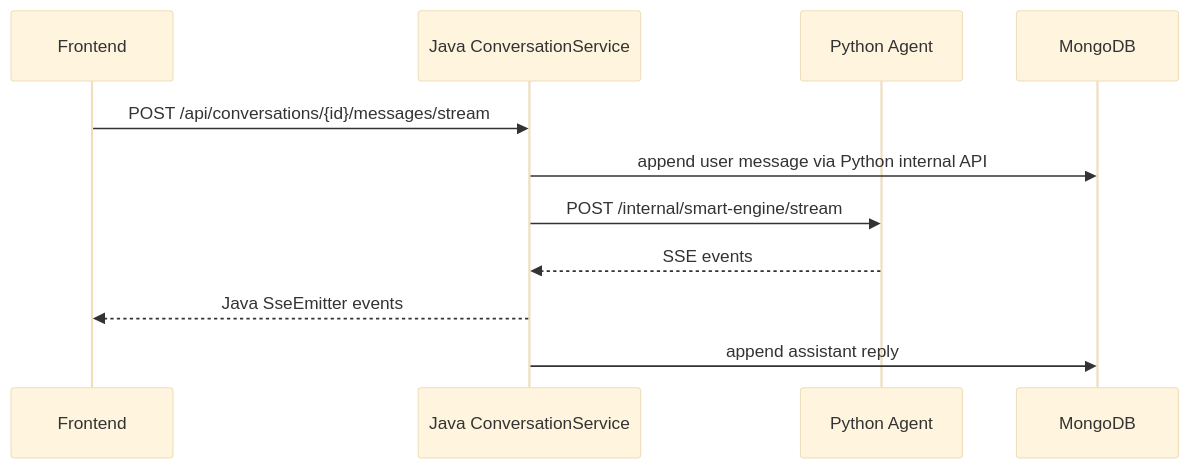
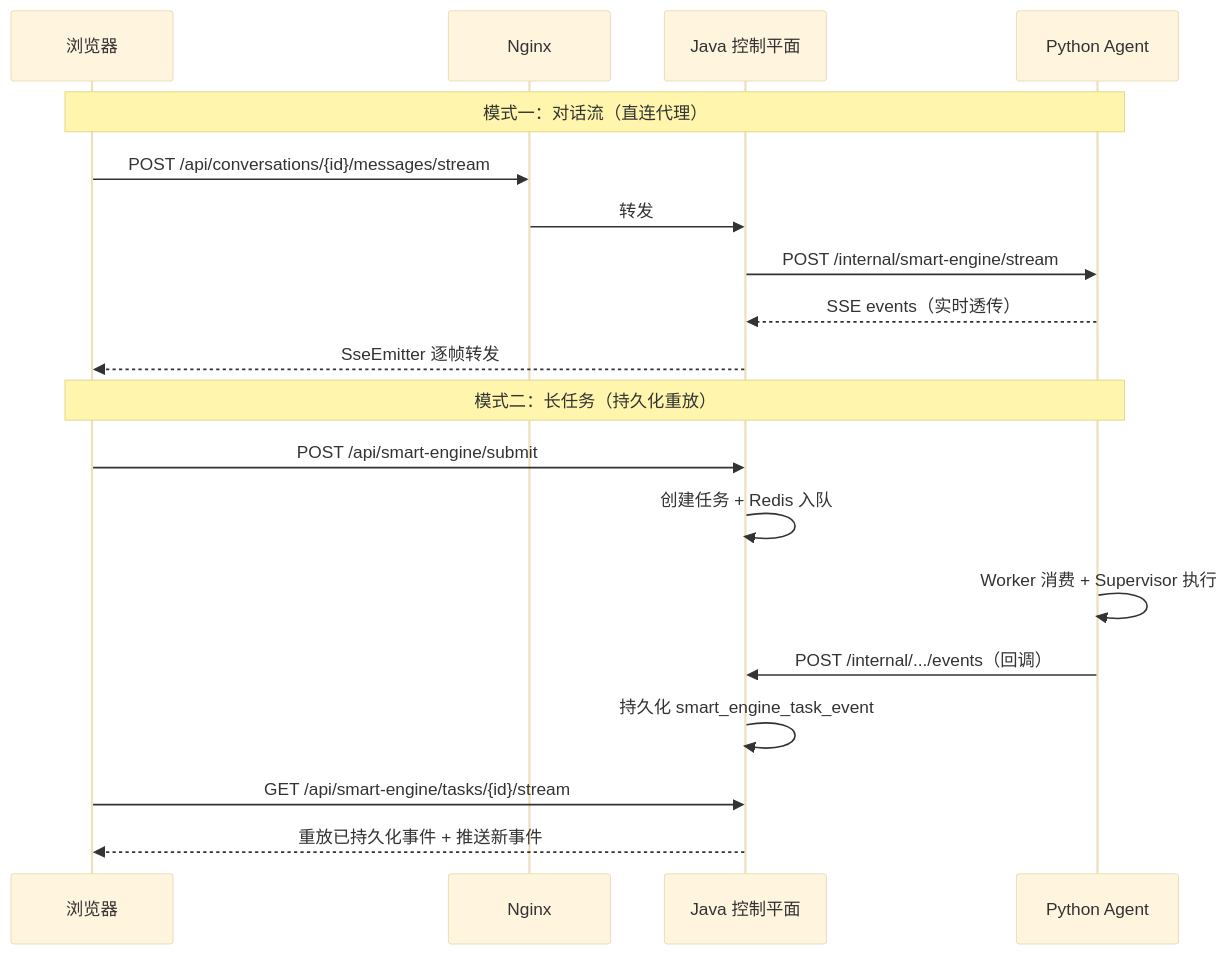
The second of 22 diagrams in docs/架构文档.md (zzp1221/Multi-Agent-Learning-System), drawn with Mermaid (base theme) before and after one commit. The commit also changed other lines of this file and 11 other files, not shown here.

First line of the commit message:
docs: update README, deployment, architecture docs and remove obsolete planning docs

````diff
--- a/docs/架构文档.md
+++ b/docs/架构文档.md
@@ -156,14 +119,23 @@
 ```mermaid
 sequenceDiagram
-  participant FE as Frontend
-  participant J as Java ConversationService
-  participant P as Python Agent
-  participant M as MongoDB
+    participant B as 浏览器
+    participant N as Nginx
+    participant J as Java 控制平面
+    participant P as Python Agent
 
-  FE->>J: POST /api/conversations/{id}/messages/stream
-  J->>M: append user message via Python internal API
-  J->>P: POST /internal/smart-engine/stream
-  P-->>J: SSE events
-  J-->>FE: Java SseEmitter events
-  J->>M: append assistant reply
+    Note over B,P: 模式一：对话流（直连代理）
+    B->>N: POST /api/conversations/{id}/messages/stream
+    N->>J: 转发
+    J->>P: POST /internal/smart-engine/stream
+    P-->>J: SSE events（实时透传）
+    J-->>B: SseEmitter 逐帧转发
+
+    Note over B,P: 模式二：长任务（持久化重放）
+    B->>J: POST /api/smart-engine/submit
+    J->>J: 创建任务 + Redis 入队
+    P->>P: Worker 消费 + Supervisor 执行
+    P->>J: POST /internal/.../events（回调）
+    J->>J: 持久化 smart_engine_task_event
+    B->>J: GET /api/smart-engine/tasks/{id}/stream
+    J-->>B: 重放已持久化事件 + 推送新事件
 ```
````
